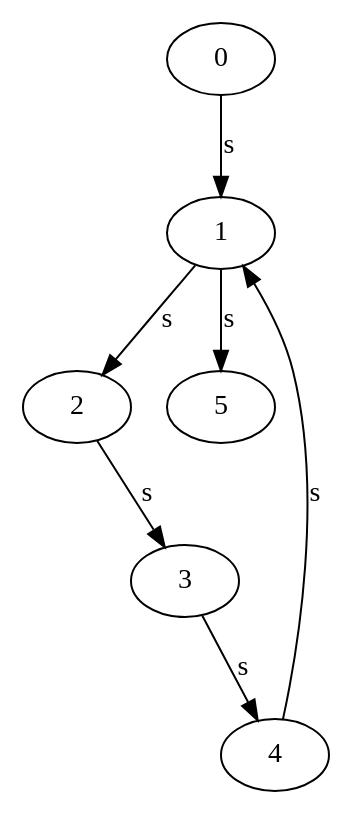
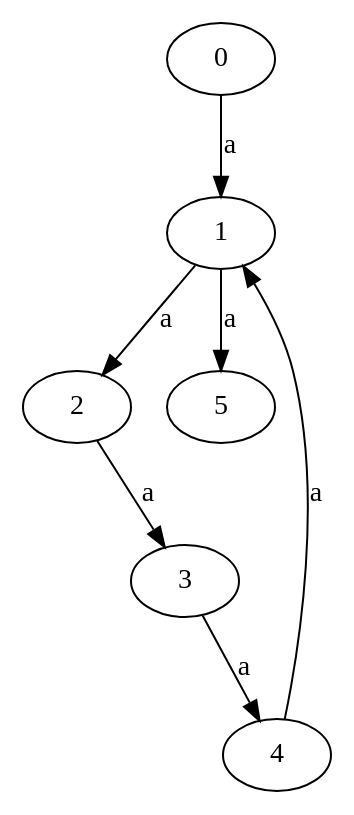
One commit to aochernov/FormalLanguages-Graphs changed the diagram in UnitTests/graphs/Cycle.dot. Above: the diagram before and after it, drawn with Graphviz. The commit also changed 16 other files, not shown here.

```diff
--- a/UnitTests/graphs/Cycle.dot
+++ b/UnitTests/graphs/Cycle.dot
@@ -1,15 +1,15 @@
 digraph g {
 0;
 1;
 2;
 3;
 4;
 5;
 
-0 -> 1 [label = "s"]
-1 -> 5 [label = "s"]
-1 -> 2 [label = "s"]
-2 -> 3 [label = "s"]
-3 -> 4 [label = "s"]
-4 -> 1 [label = "s"]
+0 -> 1 [label = "a"]
+1 -> 5 [label = "a"]
+1 -> 2 [label = "a"]
+2 -> 3 [label = "a"]
+3 -> 4 [label = "a"]
+4 -> 1 [label = "a"]
 }
```
